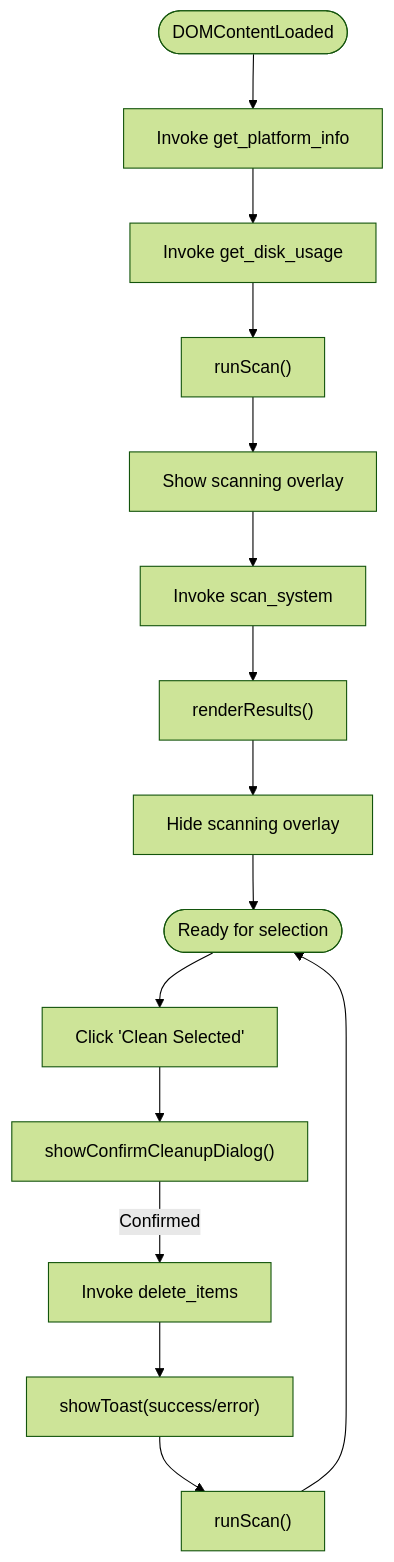
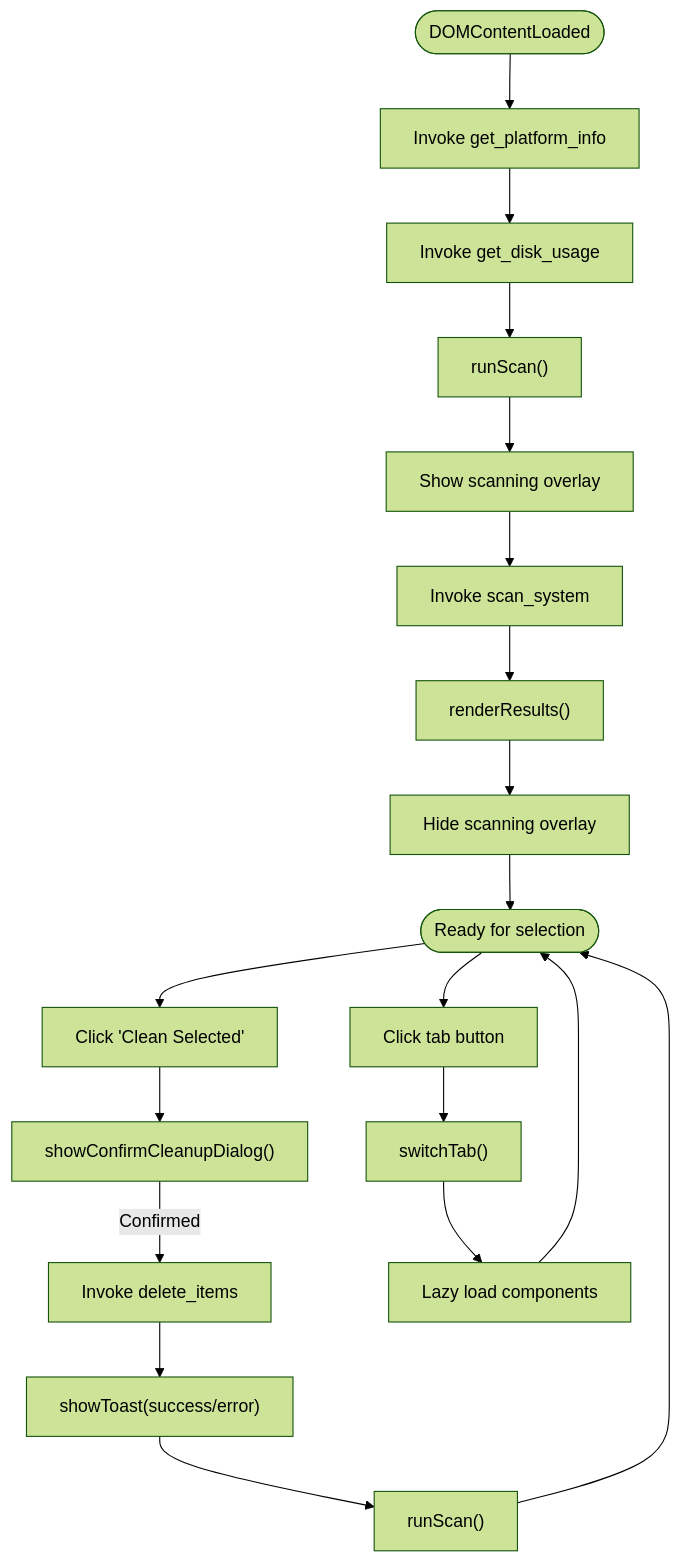
Diagram 11 of 12 in .qoder/repowiki/en/content/Technical Implementation Details/Frontend Architecture (TypeScript)/Frontend Architecture (TypeScript).md (mrtruongleo/FreeSpaceMacos), drawn with Mermaid (forest theme) before and after one commit. The commit also changed other lines of this file and 31 other files, not shown here.

````diff
--- a/.qoder/repowiki/en/content/Technical Implementation Details/Frontend Architecture (TypeScript)/Frontend Architecture (TypeScript).md
+++ b/.qoder/repowiki/en/content/Technical Implementation Details/Frontend Architecture (TypeScript)/Frontend Architecture (TypeScript).md
@@ -337,17 +471,21 @@
 ```mermaid
 flowchart TD
 Start(["DOMContentLoaded"]) --> DetectPlatform["Invoke get_platform_info"]
 DetectPlatform --> GetDiskUsage["Invoke get_disk_usage"]
 GetDiskUsage --> AutoScan["runScan()"]
 AutoScan --> ShowOverlay["Show scanning overlay"]
 ShowOverlay --> InvokeScan["Invoke scan_system"]
 InvokeScan --> RenderResults["renderResults()"]
 RenderResults --> HideOverlay["Hide scanning overlay"]
 HideOverlay --> Ready(["Ready for selection"])
 Ready --> CleanFlow["Click 'Clean Selected'"]
 CleanFlow --> ConfirmDialog["showConfirmCleanupDialog()"]
 ConfirmDialog --> |Confirmed| InvokeDelete["Invoke delete_items"]
 InvokeDelete --> ShowToast["showToast(success/error)"]
 ShowToast --> ReScan["runScan()"]
 ReScan --> Ready
+Ready --> TabSwitch["Click tab button"]
+TabSwitch --> SwitchPanel["switchTab()"]
+SwitchPanel --> LazyLoad["Lazy load components"]
+LazyLoad --> Ready
 ```
````
